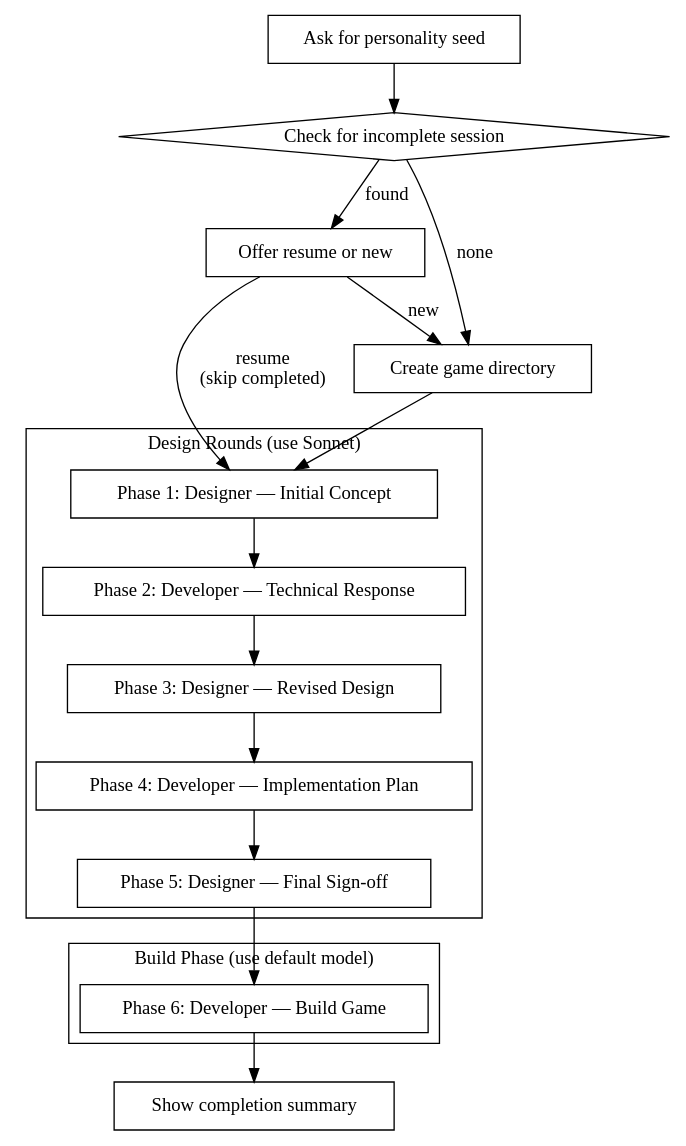
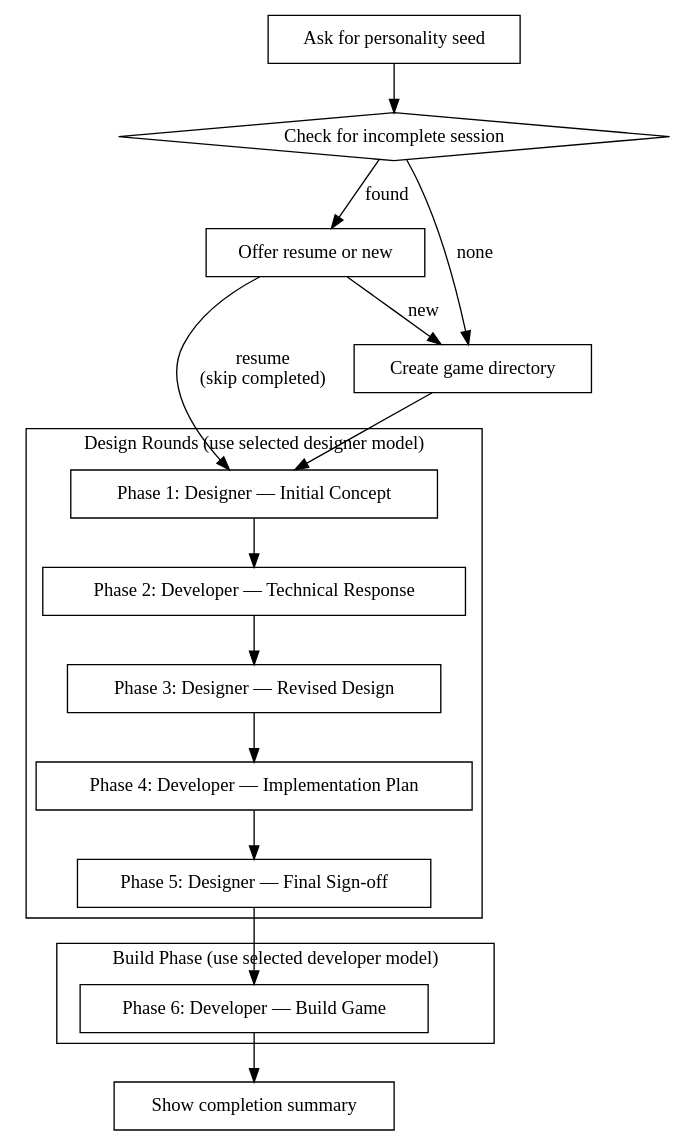
One commit to codyparker/ai-game-jam changed the diagram in skills/game-jam/SKILL.md. Above: the diagram before and after it, drawn with Graphviz. The commit also changed other lines of this file and 2 other files, not shown here.

Commit message:
Enforce setup prompts and Codex model defaults

````diff
--- a/skills/game-jam/SKILL.md
+++ b/skills/game-jam/SKILL.md
@@ -19,39 +19,39 @@
 ```dot
 digraph game_jam {
     rankdir=TB;
 
     "Ask for personality seed" [shape=box];
     "Check for incomplete session" [shape=diamond];
     "Offer resume or new" [shape=box];
     "Create game directory" [shape=box];
 
     subgraph cluster_design {
-        label="Design Rounds (use Sonnet)";
+        label="Design Rounds (use selected designer model)";
         "Phase 1: Designer — Initial Concept" [shape=box];
         "Phase 2: Developer — Technical Response" [shape=box];
         "Phase 3: Designer — Revised Design" [shape=box];
         "Phase 4: Developer — Implementation Plan" [shape=box];
         "Phase 5: Designer — Final Sign-off" [shape=box];
     }
 
     subgraph cluster_build {
-        label="Build Phase (use default model)";
+        label="Build Phase (use selected developer model)";
         "Phase 6: Developer — Build Game" [shape=box];
     }
 
     "Show completion summary" [shape=box];
 
     "Ask for personality seed" -> "Check for incomplete session";
     "Check for incomplete session" -> "Offer resume or new" [label="found"];
     "Check for incomplete session" -> "Create game directory" [label="none"];
     "Offer resume or new" -> "Create game directory" [label="new"];
     "Offer resume or new" -> "Phase 1: Designer — Initial Concept" [label="resume\n(skip completed)"];
     "Create game directory" -> "Phase 1: Designer — Initial Concept";
     "Phase 1: Designer — Initial Concept" -> "Phase 2: Developer — Technical Response";
     "Phase 2: Developer — Technical Response" -> "Phase 3: Designer — Revised Design";
     "Phase 3: Designer — Revised Design" -> "Phase 4: Developer — Implementation Plan";
     "Phase 4: Developer — Implementation Plan" -> "Phase 5: Designer — Final Sign-off";
     "Phase 5: Designer — Final Sign-off" -> "Phase 6: Developer — Build Game";
     "Phase 6: Developer — Build Game" -> "Show completion summary";
 }
 ```
````
